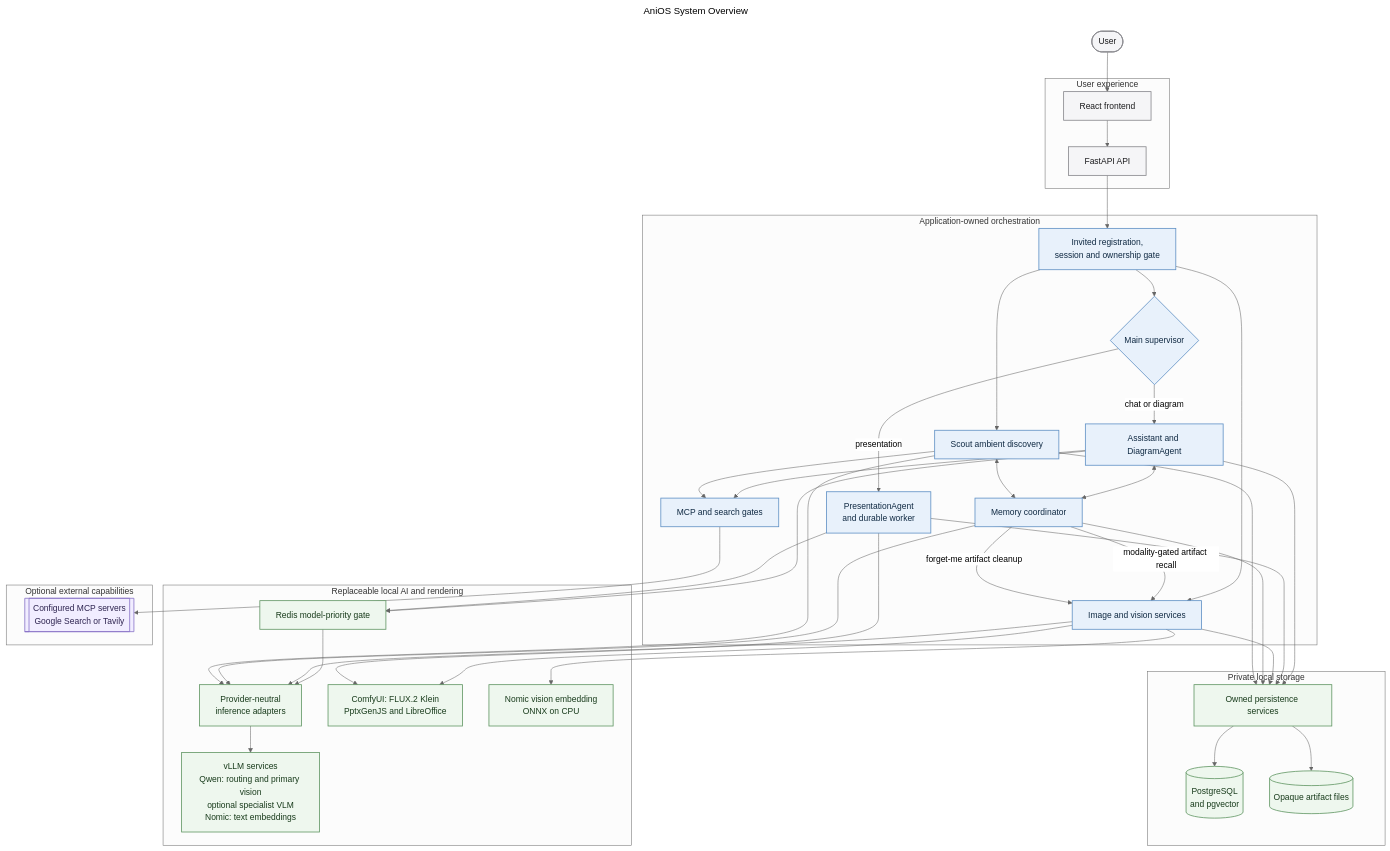
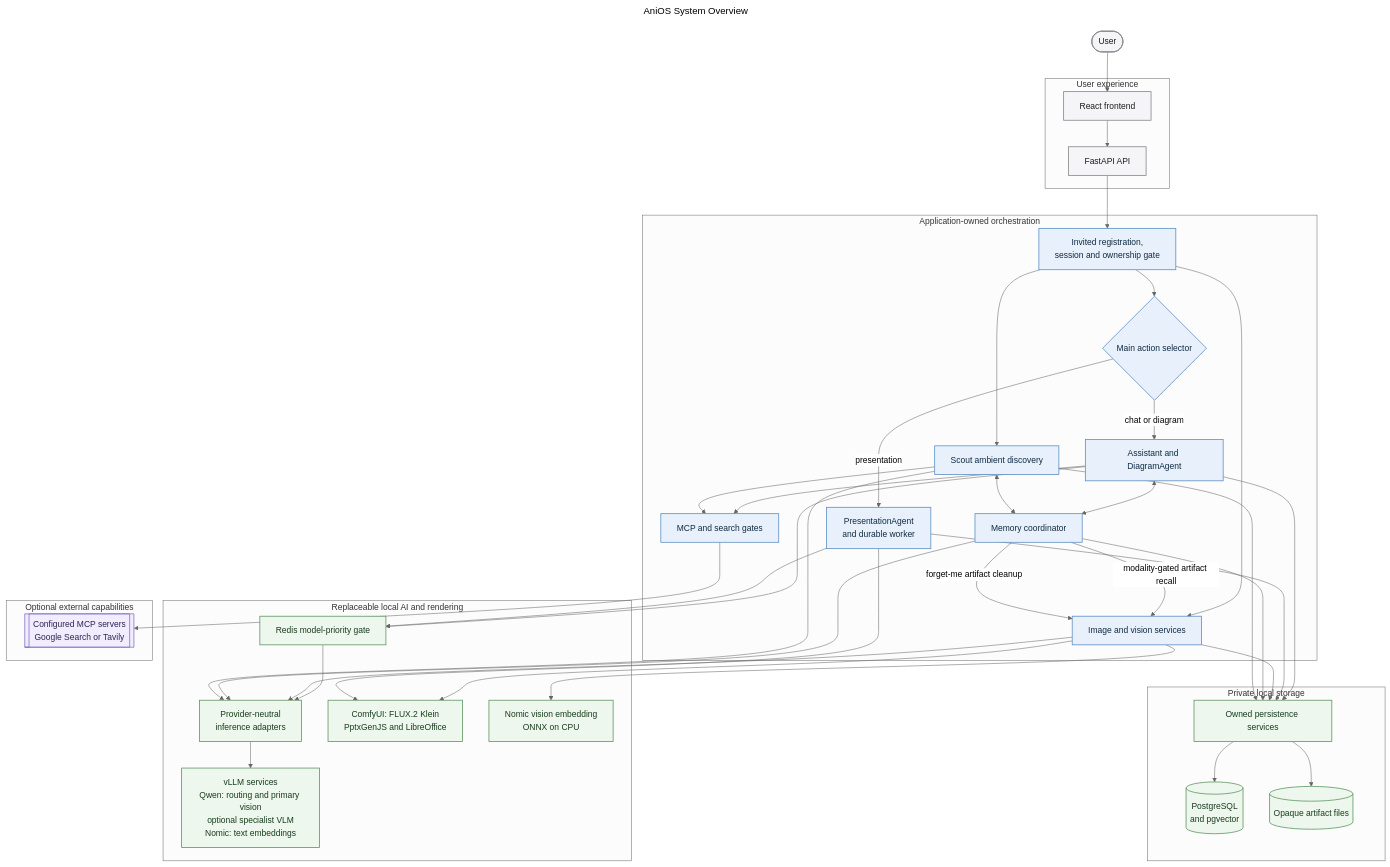
Before and after one commit to MallyaAni/PersonalAssistant: the diagram in docs/diagrams/anios-system.mmd, drawn with Mermaid (neutral theme). The commit also changed 55 other files, not shown here.

```diff
--- a/docs/diagrams/anios-system.mmd
+++ b/docs/diagrams/anios-system.mmd
@@ -1,82 +1,82 @@
 ---
 title: AniOS System Overview
 ---
 flowchart TB
     User([User])
 
     subgraph Experience[User experience]
         Frontend[React frontend]
         API[FastAPI API]
         Frontend --> API
     end
 
     subgraph Orchestration[Application-owned orchestration]
         Identity[Invited registration,<br/>session and ownership gate]
-        Supervisor{Main supervisor}
+        Supervisor{Main action selector}
         Conversation[Assistant and DiagramAgent]
         Presentation[PresentationAgent<br/>and durable worker]
         Memory[Memory coordinator]
         Discovery[Scout ambient discovery]
         Visual[Image and vision services]
         Tools[MCP and search gates]
     end
 
     subgraph LocalAI[Replaceable local AI and rendering]
         ModelGate[Redis model-priority gate]
         Inference[Provider-neutral<br/>inference adapters]
         VLLM[vLLM services<br/>Qwen: routing and primary vision<br/>optional specialist VLM<br/>Nomic: text embeddings]
         Media[ComfyUI: FLUX.2 Klein<br/>PptxGenJS and LibreOffice]
         VisionEmbed[Nomic vision embedding<br/>ONNX on CPU]
     end
 
     subgraph Storage[Private local storage]
         Repositories[Owned persistence services]
         Database[(PostgreSQL<br/>and pgvector)]
         Files[(Opaque artifact files)]
         Repositories --> Database
         Repositories --> Files
     end
 
     subgraph External[Optional external capabilities]
         Integrations[[Configured MCP servers<br/>Google Search or Tavily]]
     end
 
     User --> Frontend
     API --> Identity --> Supervisor
     Supervisor -->|chat or diagram| Conversation
     Supervisor -->|presentation| Presentation
     Identity --> Visual
     Identity --> Discovery
     Conversation <--> Memory
     Memory -->|modality-gated artifact recall| Visual
     Discovery <--> Memory
     Memory -->|forget-me artifact cleanup| Visual
 
     Conversation --> Tools --> Integrations
     Discovery --> Tools
 
     Conversation --> ModelGate
     Presentation --> ModelGate
     ModelGate --> Inference
     Visual --> Inference
     Memory --> Inference
     Discovery --> Inference
     Inference --> VLLM
     Visual --> Media
     Visual --> VisionEmbed
     Presentation --> Media
 
     Conversation --> Repositories
     Presentation --> Repositories
     Visual --> Repositories
     Memory --> Repositories
     Discovery --> Repositories
 
     classDef interface fill:#f5f5f7,stroke:#86868b,color:#1d1d1f,stroke-width:1.5px;
     classDef application fill:#e8f1fb,stroke:#5e8fc4,color:#102a43,stroke-width:1.5px;
     classDef infrastructure fill:#eef7ee,stroke:#5f9562,color:#183b1b,stroke-width:1.5px;
     classDef external fill:#f1edff,stroke:#8872c6,color:#2e2450,stroke-width:1.5px;
     class User,Frontend,API interface;
     class Identity,Supervisor,Conversation,Presentation,Memory,Discovery,Visual,Tools application;
     class ModelGate,Inference,VLLM,Media,VisionEmbed,Repositories,Database,Files infrastructure;
     class Integrations external;
```
